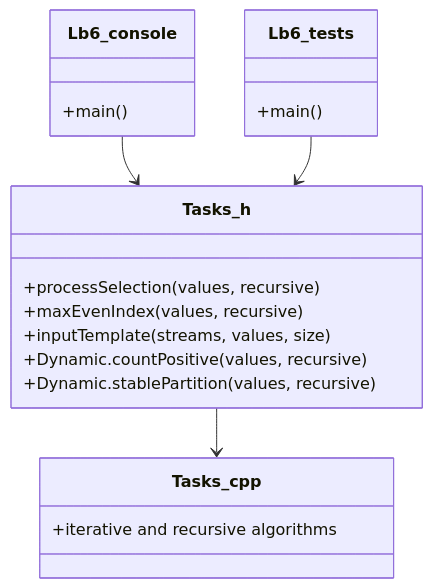
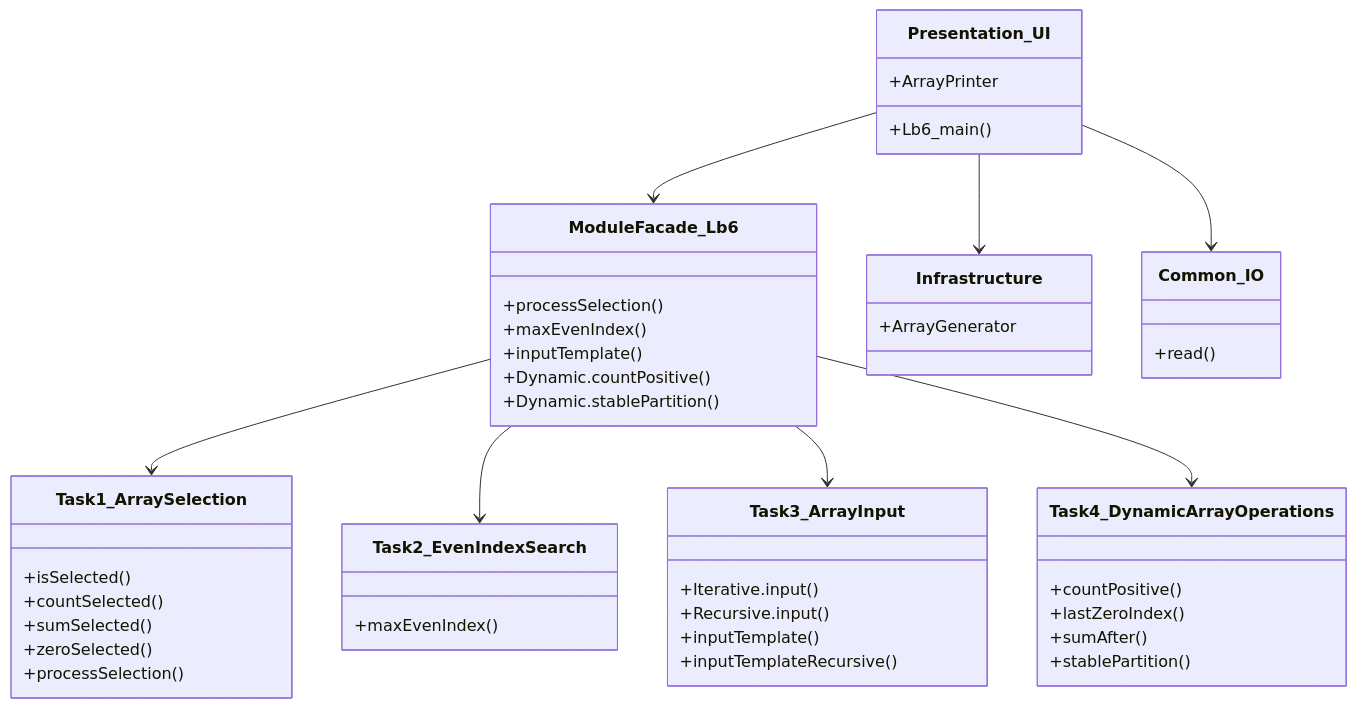
The third of 3 diagrams in Lb6/README.md (lviv-polytech/alg-cpp-labs), drawn with Mermaid before and after one commit. The commit also changed 3 other files, not shown here.

Commit message:
docs: update module README architecture diagrams for labs 4 to 7

````diff
--- a/Lb6/README.md
+++ b/Lb6/README.md
@@ -49,22 +49,50 @@
 ```mermaid
 classDiagram
-    class Tasks_h {
-      +processSelection(values, recursive)
-      +maxEvenIndex(values, recursive)
-      +inputTemplate(streams, values, size)
-      +Dynamic.countPositive(values, recursive)
-      +Dynamic.stablePartition(values, recursive)
+    class Presentation_UI {
+        +Lb6_main()
+        +ArrayPrinter
     }
-    class Tasks_cpp {
-      +iterative and recursive algorithms
+    class ModuleFacade_Lb6 {
+        +processSelection()
+        +maxEvenIndex()
+        +inputTemplate()
+        +Dynamic.countPositive()
+        +Dynamic.stablePartition()
     }
-    class Lb6_console {
-      +main()
+    class Infrastructure {
+        +ArrayGenerator
     }
-    class Lb6_tests {
-      +main()
+    class Task1_ArraySelection {
+        +isSelected()
+        +countSelected()
+        +sumSelected()
+        +zeroSelected()
+        +processSelection()
     }
-    Lb6_console --> Tasks_h
-    Lb6_tests --> Tasks_h
-    Tasks_h --> Tasks_cpp
+    class Task2_EvenIndexSearch {
+        +maxEvenIndex()
+    }
+    class Task3_ArrayInput {
+        +Iterative.input()
+        +Recursive.input()
+        +inputTemplate()
+        +inputTemplateRecursive()
+    }
+    class Task4_DynamicArrayOperations {
+        +countPositive()
+        +lastZeroIndex()
+        +sumAfter()
+        +stablePartition()
+    }
+    class Common_IO {
+        +read()
+    }
+
+    Presentation_UI --> ModuleFacade_Lb6
+    Presentation_UI --> Common_IO
+    Presentation_UI --> Infrastructure
+    ModuleFacade_Lb6 --> Task1_ArraySelection
+    ModuleFacade_Lb6 --> Task2_EvenIndexSearch
+    ModuleFacade_Lb6 --> Task3_ArrayInput
+    ModuleFacade_Lb6 --> Task4_DynamicArrayOperations
 ```
````
